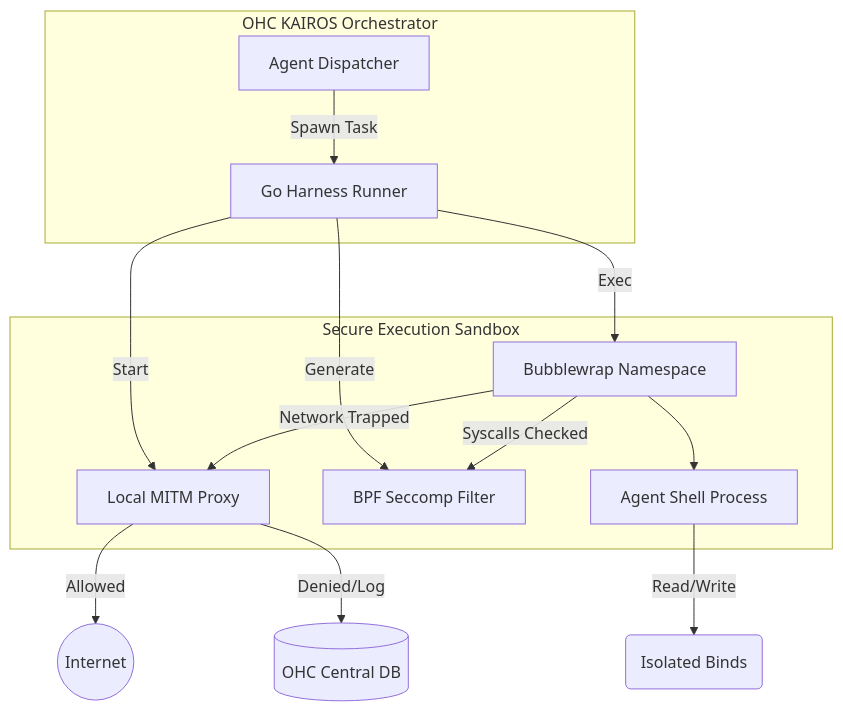
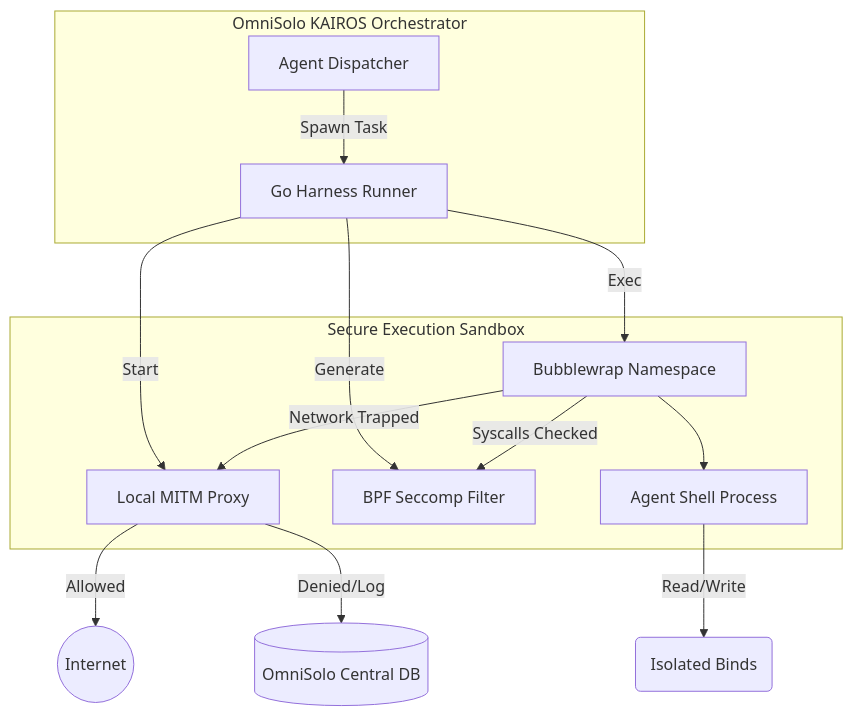
Before and after one commit to omnisolo-llc/onehumancorp: the diagram in docs/technical/research/[harness]_bwrap_network_seccomp_isolation.md, drawn with Mermaid. The commit also changed other lines of this file and 2191 other files, not shown here.

Commit message:
feat: complete OmniSolo rename and browser audit

````diff
--- a/docs/technical/research/[harness]_bwrap_network_seccomp_isolation.md
+++ b/docs/technical/research/[harness]_bwrap_network_seccomp_isolation.md
@@ -39,20 +39,20 @@
 ```mermaid
 graph TD
-    subgraph OHC KAIROS Orchestrator
+    subgraph OmniSolo KAIROS Orchestrator
         Dispatcher[Agent Dispatcher] -->|Spawn Task| Harness[Go Harness Runner]
     end
 
     subgraph Secure Execution Sandbox
         Harness -->|Exec| Bwrap[Bubblewrap Namespace]
         Harness -->|Start| Proxy[Local MITM Proxy]
         Harness -->|Generate| Seccomp[BPF Seccomp Filter]
 
         Bwrap -->|Syscalls Checked| Seccomp
         Bwrap -->|Network Trapped| Proxy
         Bwrap --> Agent[Agent Shell Process]
     end
 
     Proxy -->|Allowed| Internet((Internet))
-    Proxy -->|Denied/Log| SIP[(OHC Central DB)]
+    Proxy -->|Denied/Log| SIP[(OmniSolo Central DB)]
     Agent -->|Read/Write| VirtualFS(Isolated Binds)
 ```
````
